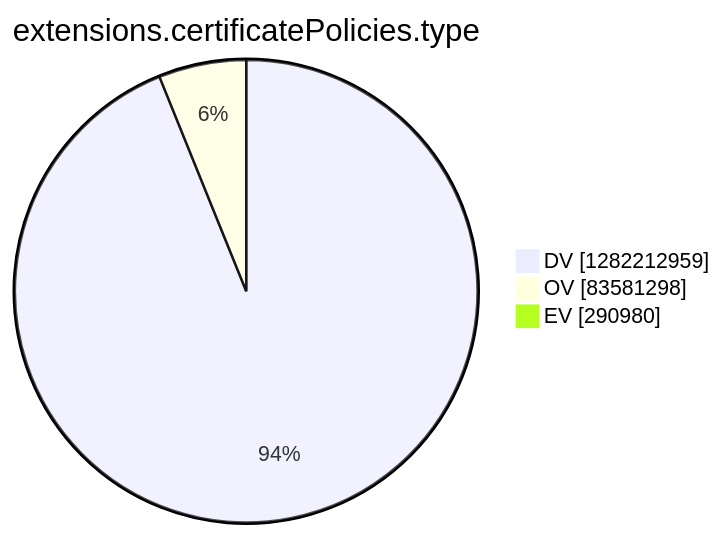
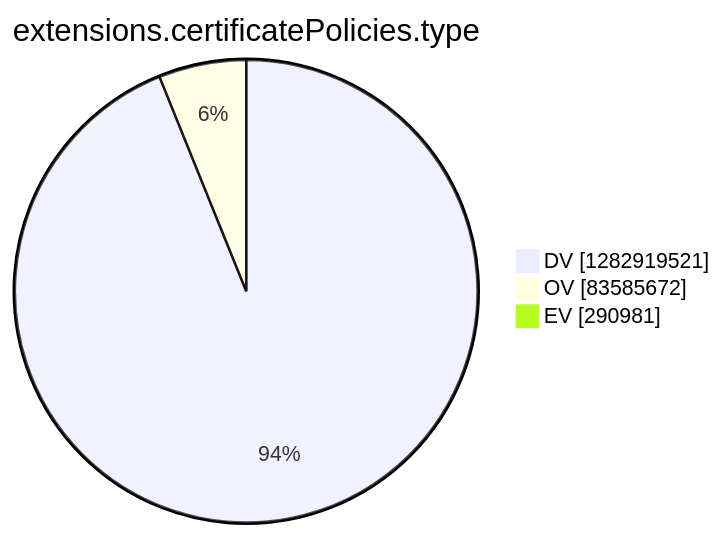
Before and after one commit to christiankrug/ctmonitor_visualization: the tenth of 15 diagrams in argon2022/README.md, drawn with Mermaid. The commit also changed other lines of this file, not shown here.

````diff
--- a/argon2022/README.md
+++ b/argon2022/README.md
@@ -2771,7 +2771,7 @@
 ```mermaid
 pie showData
 title extensions.certificatePolicies.type
-"DV" :1282212959
-"OV" :83581298
-"EV" :290980
+"DV" :1282919521
+"OV" :83585672
+"EV" :290981
 ```
````
